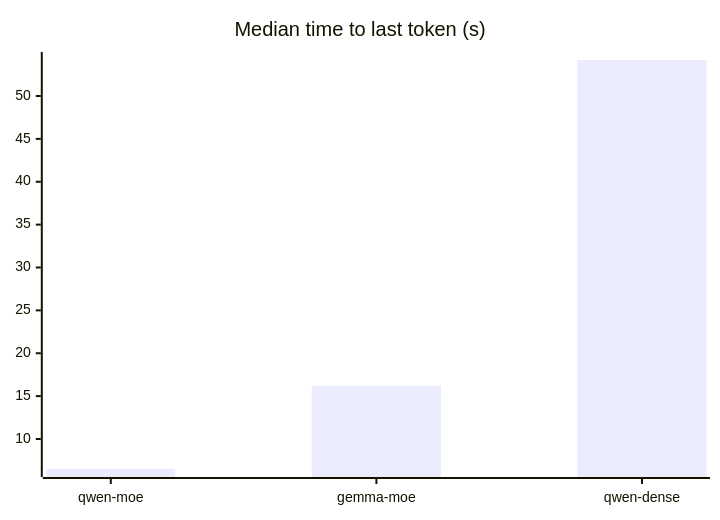
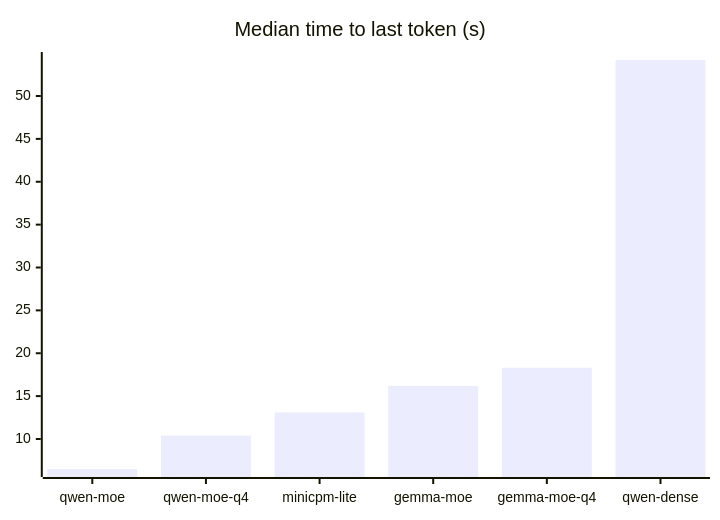
One commit to aarora79/meru changed the second of 3 diagrams in docs/benchmarks/results.md. Above: the diagram before and after it, drawn with Mermaid. The commit also changed other lines of this file and 4 other files, not shown here.

````diff
--- a/docs/benchmarks/results.md
+++ b/docs/benchmarks/results.md
@@ -43,6 +46,6 @@
 ```mermaid
 xychart-beta
     title "Median time to last token (s)"
-    x-axis ["qwen-moe", "gemma-moe", "qwen-dense"]
-    bar [6.5, 16.2, 54.2]
+    x-axis ["qwen-moe", "qwen-moe-q4", "minicpm-lite", "gemma-moe", "gemma-moe-q4", "qwen-dense"]
+    bar [6.5, 10.4, 13.1, 16.2, 18.3, 54.2]
 ```
````
